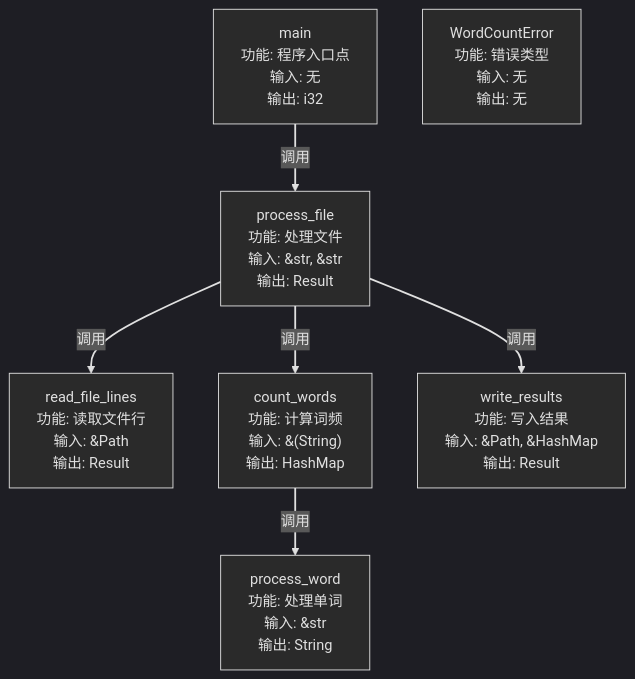
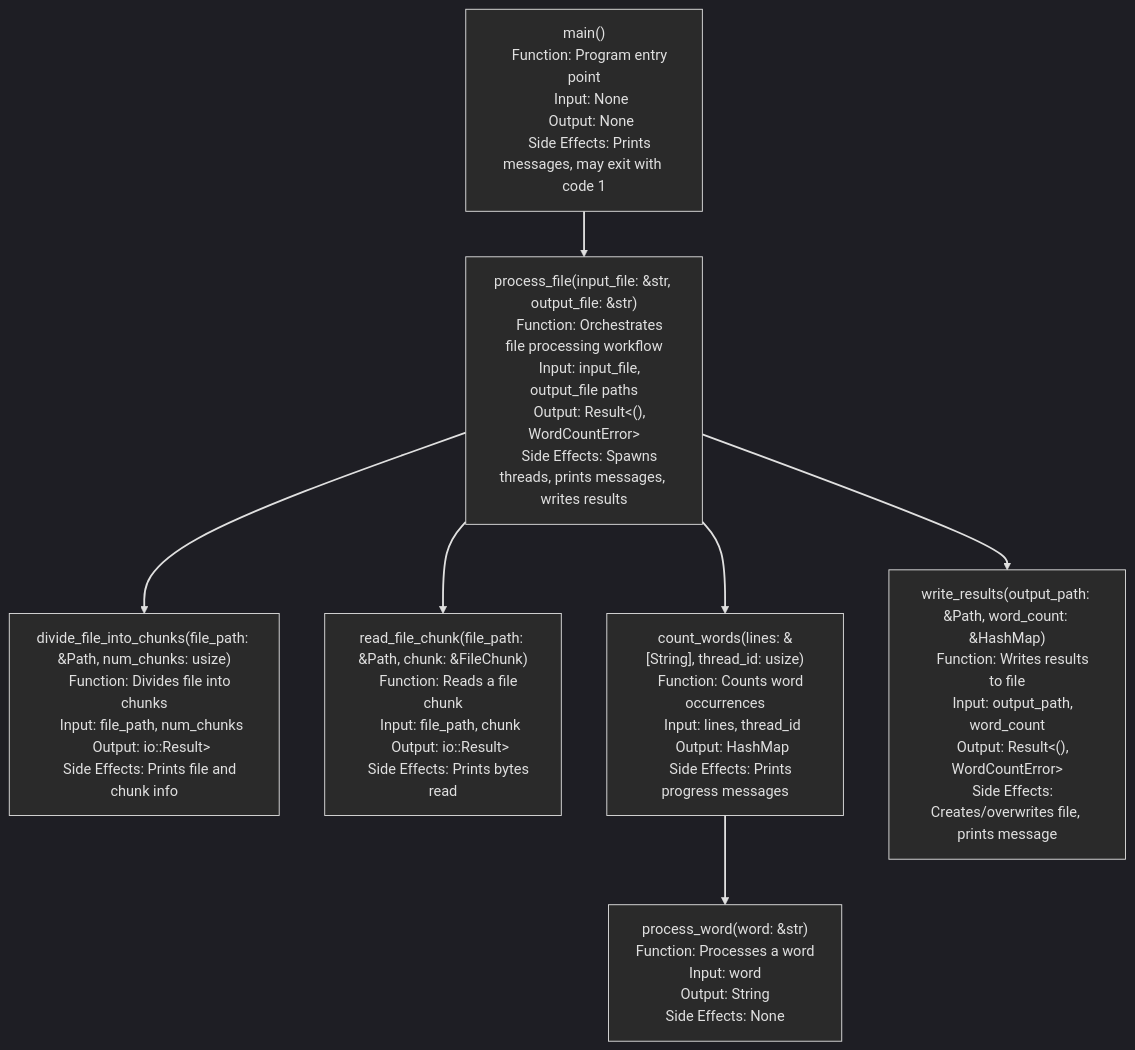
The diagram in word_count_rust/README.md (wubin28/wuzhenbens_playground), drawn with Mermaid before and after one commit. The commit also changed other lines of this file, not shown here.

Commit message:
docs:word_count_rust: update function call diagram and add API documentation

````diff
--- a/word_count_rust/README.md
+++ b/word_count_rust/README.md
@@ -3,25 +3,56 @@
 ```mermaid
 %%{init: {'theme': 'dark', 'themeVariables': { 'primaryColor': '#e0e0e0', 'textColor': '#e0e0e0', 'lineColor': '#e0e0e0'}}}%%
 graph TD
     classDef default fill:#2a2a2a,stroke:#e0e0e0,color:#e0e0e0;
 
-    A["main<br>功能: 程序入口点<br>输入: 无<br>输出: i32"] -->|调用| B
+    main["main()
+    Function: Program entry point
+    Input: None
+    Output: None
+    Side Effects: Prints messages, may exit with code 1"]
 
-    B["process_file<br>功能: 处理文件<br>输入: &str, &str<br>输出: Result"]
-    B -->|调用| C
-    B -->|调用| D
-    B -->|调用| E
+    process_file["process_file(input_file: &str, output_file: &str)
+    Function: Orchestrates file processing workflow
+    Input: input_file, output_file paths
+    Output: Result<(), WordCountError>
+    Side Effects: Spawns threads, prints messages, writes results"]
 
-    C["read_file_lines<br>功能: 读取文件行<br>输入: &Path<br>输出: Result"]
+    divide_file_into_chunks["divide_file_into_chunks(file_path: &Path, num_chunks: usize)
+    Function: Divides file into chunks
+    Input: file_path, num_chunks
+    Output: io::Result<Vec<FileChunk>>
+    Side Effects: Prints file and chunk info"]
 
-    D["count_words<br>功能: 计算词频<br>输入: &(String)<br>输出: HashMap"]
-    D -->|调用| F
+    read_file_chunk["read_file_chunk(file_path: &Path, chunk: &FileChunk)
+    Function: Reads a file chunk
+    Input: file_path, chunk
+    Output: io::Result<Vec<String>>
+    Side Effects: Prints bytes read"]
 
-    E["write_results<br>功能: 写入结果<br>输入: &Path, &HashMap<br>输出: Result"]
+    count_words["count_words(lines: &[String], thread_id: usize)
+    Function: Counts word occurrences
+    Input: lines, thread_id
+    Output: HashMap<String, usize>
+    Side Effects: Prints progress messages"]
 
-    F["process_word<br>功能: 处理单词<br>输入: &str<br>输出: String"]
+    process_word["process_word(word: &str)
+    Function: Processes a word
+    Input: word
+    Output: String
+    Side Effects: None"]
 
-    G["WordCountError<br>功能: 错误类型<br>输入: 无<br>输出: 无"]
+    write_results["write_results(output_path: &Path, word_count: &HashMap<String, usize>)
+    Function: Writes results to file
+    Input: output_path, word_count
+    Output: Result<(), WordCountError>
+    Side Effects: Creates/overwrites file, prints message"]
+
+    main --> process_file
+    process_file --> divide_file_into_chunks
+    process_file --> read_file_chunk
+    process_file --> count_words
+    process_file --> write_results
+    count_words --> process_word
 
     linkStyle default stroke:#e0e0e0,stroke-width:2px
 ```
````
